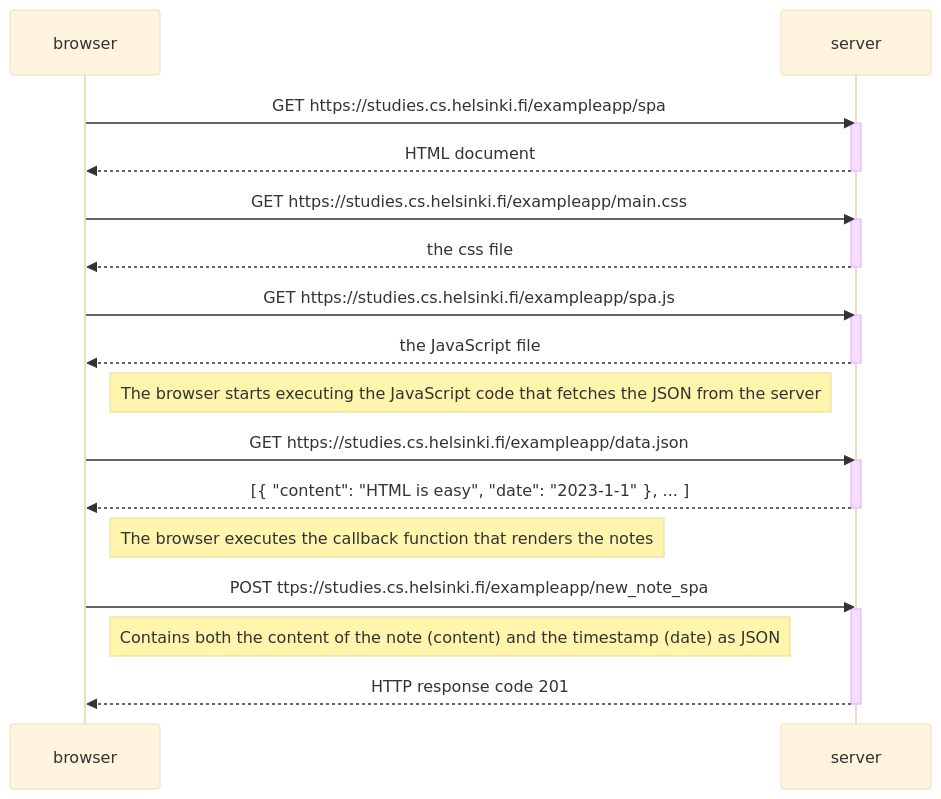
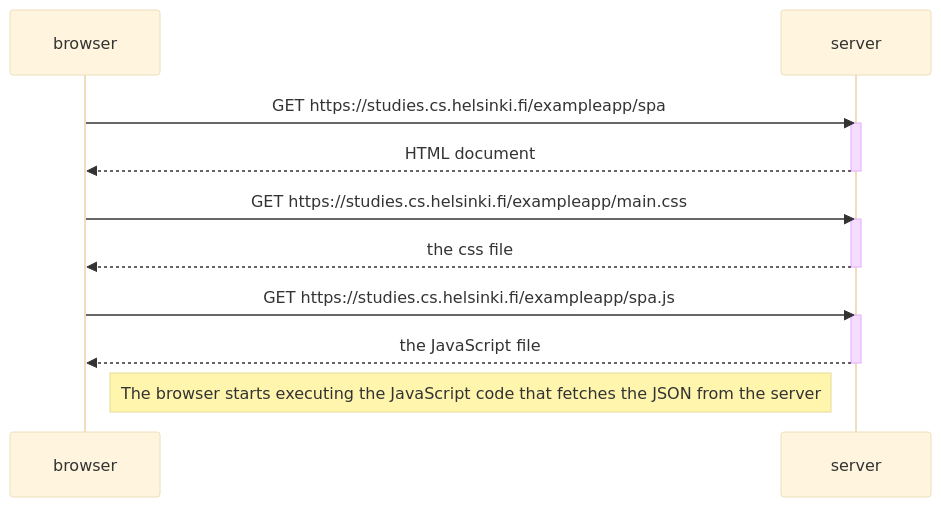
The diagram in 0.5: Single page app diagram.md (simoparaschi/fullstackopen), drawn with Mermaid (base theme) before and after one commit.

Commit message:
Clean up API call examples in 0.5 ex
Removed outdated API call examples and notes from the SPA diagram.

````diff
--- a/0.5: Single page app diagram.md
+++ b/0.5: Single page app diagram.md
@@ -1,36 +1,23 @@
 ```mermaid
 sequenceDiagram
     participant browser
     participant server
 
     browser->>server: GET https://studies.cs.helsinki.fi/exampleapp/spa
     activate server
     server-->>browser: HTML document
     deactivate server
 
     browser->>server: GET https://studies.cs.helsinki.fi/exampleapp/main.css
     activate server
     server-->>browser: the css file
     deactivate server
 
     browser->>server: GET https://studies.cs.helsinki.fi/exampleapp/spa.js
     activate server
     server-->>browser: the JavaScript file
     deactivate server
 
     Note right of browser: The browser starts executing the JavaScript code that fetches the JSON from the server
 
-    browser->>server: GET https://studies.cs.helsinki.fi/exampleapp/data.json
-    activate server
-    server-->>browser: [{ "content": "HTML is easy", "date": "2023-1-1" }, ... ]
-    deactivate server
-
-    Note right of browser: The browser executes the callback function that renders the notes
-
-    browser->>server: POST ttps://studies.cs.helsinki.fi/exampleapp/new_note_spa
-    activate server
-    Note right of browser: Contains both the content of the note (content) and the timestamp (date) as JSON
-    server-->>browser: HTTP response code 201
-    deactivate server
-
 ```
````
